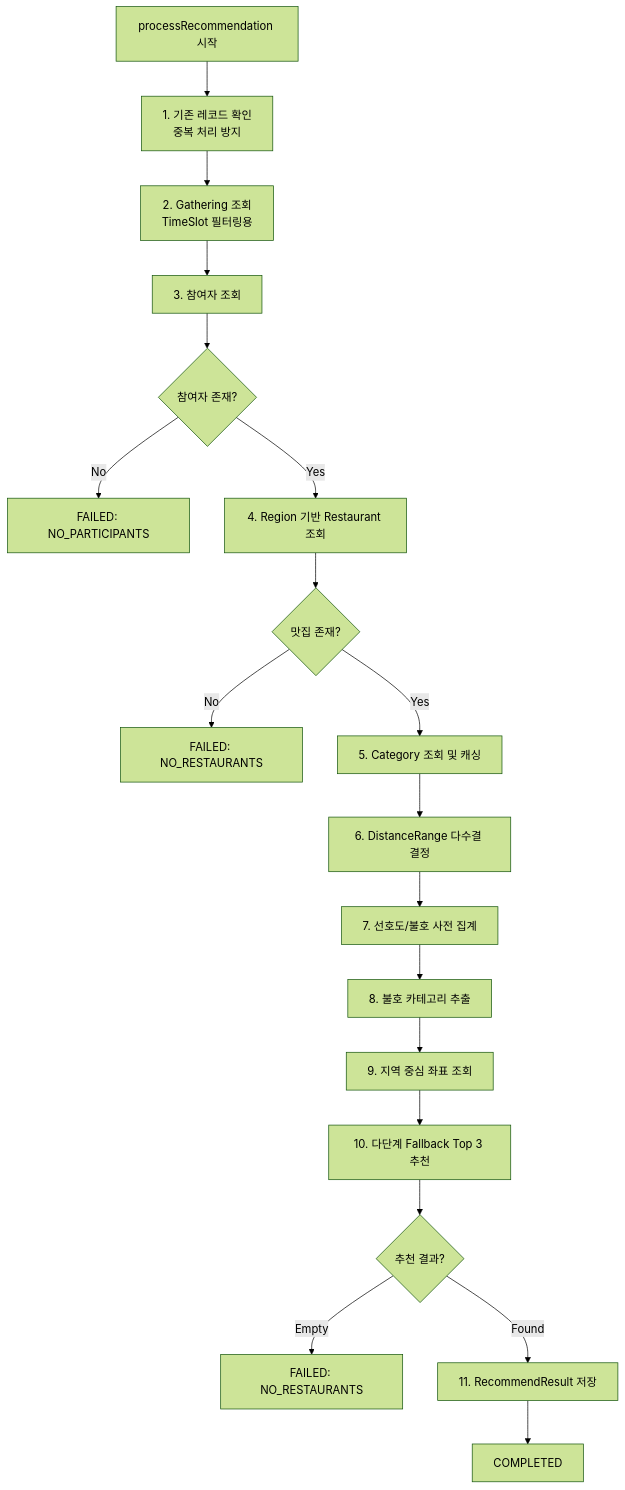
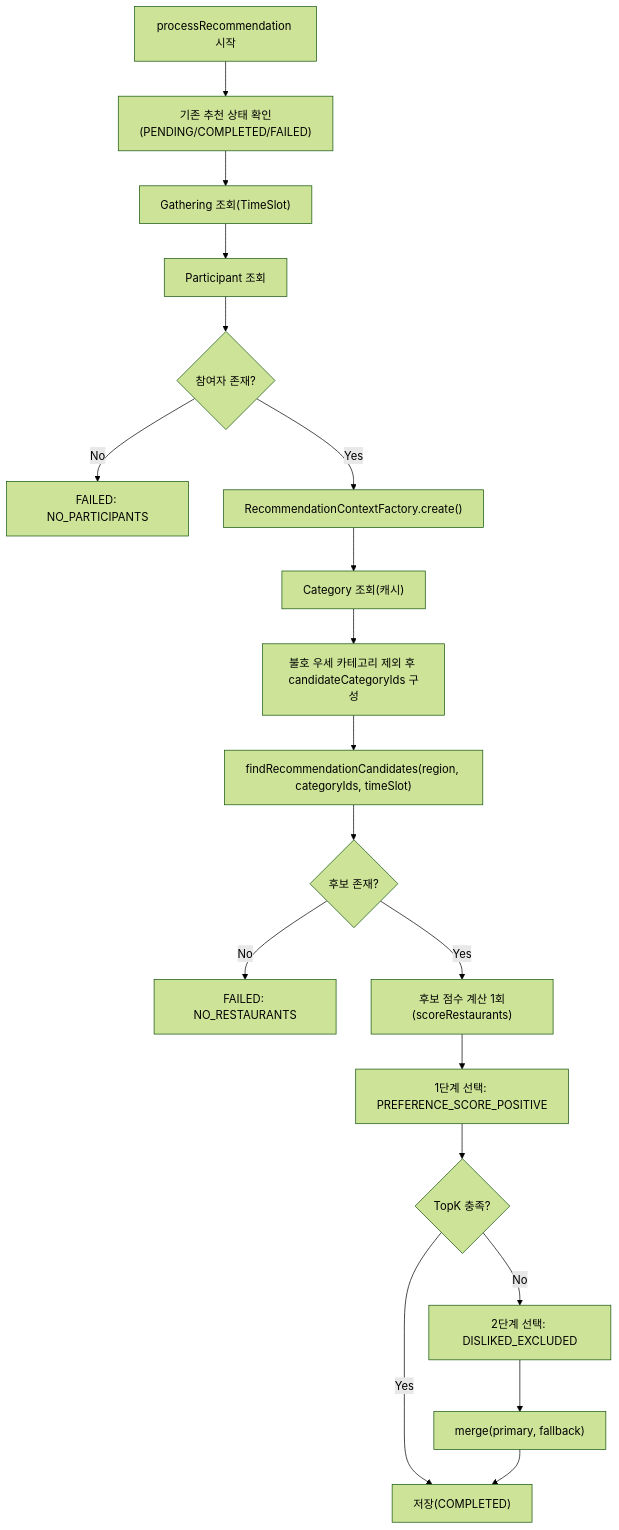
One commit to Nexters/hereeat-server changed the diagram in docs/architecture/recommendation-system.md. Above: the diagram before and after it, drawn with Mermaid (forest theme). The commit also changed other lines of this file and 20 other files, not shown here.

````diff
--- a/docs/architecture/recommendation-system.md
+++ b/docs/architecture/recommendation-system.md
@@ -11,21 +33,21 @@
 ```mermaid
 flowchart TD
-    A[processRecommendation 시작] --> B[1. 기존 레코드 확인<br/>중복 처리 방지]
-    B --> C[2. Gathering 조회<br/>TimeSlot 필터링용]
-    C --> D[3. 참여자 조회]
-    D --> E{참여자 존재?}
-    E -->|No| F[FAILED: NO_PARTICIPANTS]
-    E -->|Yes| G[4. Region 기반 Restaurant 조회]
-    G --> H{맛집 존재?}
-    H -->|No| I[FAILED: NO_RESTAURANTS]
-    H -->|Yes| J[5. Category 조회 및 캐싱]
-    J --> K[6. DistanceRange 다수결 결정]
-    K --> L[7. 선호도/불호 사전 집계]
-    L --> M[8. 불호 카테고리 추출]
-    M --> N[9. 지역 중심 좌표 조회]
-    N --> O[10. 다단계 Fallback Top 3 추천]
-    O --> P{추천 결과?}
-    P -->|Empty| Q[FAILED: NO_RESTAURANTS]
-    P -->|Found| R[11. RecommendResult 저장]
-    R --> S[COMPLETED]
+    A["processRecommendation 시작"] --> B["기존 추천 상태 확인(PENDING/COMPLETED/FAILED)"]
+    B --> C["Gathering 조회(TimeSlot)"]
+    C --> D["Participant 조회"]
+    D --> E{"참여자 존재?"}
+    E -->|No| F["FAILED: NO_PARTICIPANTS"]
+    E -->|Yes| G["RecommendationContextFactory.create()"]
+    G --> H["Category 조회(캐시)"]
+    H --> I["불호 우세 카테고리 제외 후 candidateCategoryIds 구성"]
+    I --> J["findRecommendationCandidates(region, categoryIds, timeSlot)"]
+    J --> K{"후보 존재?"}
+    K -->|No| L["FAILED: NO_RESTAURANTS"]
+    K -->|Yes| M["후보 점수 계산 1회(scoreRestaurants)"]
+    M --> N["1단계 선택: PREFERENCE_SCORE_POSITIVE"]
+    N --> O{"TopK 충족?"}
+    O -->|Yes| P["저장(COMPLETED)"]
+    O -->|No| Q["2단계 선택: DISLIKED_EXCLUDED"]
+    Q --> R["merge(primary, fallback)"]
+    R --> P
 ```
````
